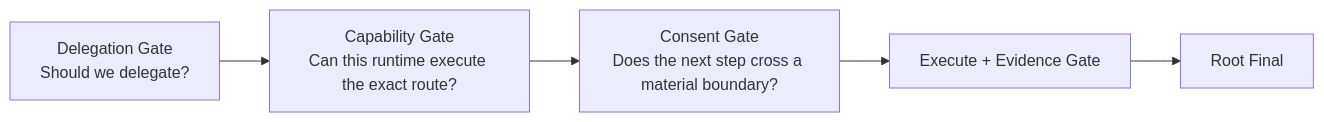
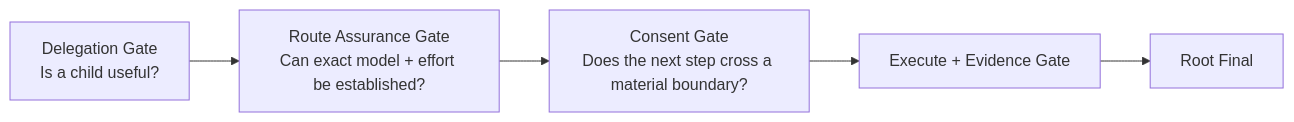
One commit to R-jed/codex-agent-team changed the third of 3 diagrams in README_EN.md. Above: the diagram before and after it, drawn with Mermaid. The commit also changed other lines of this file, not shown here.

Commit message:
docs: mirror native subagent and route assurance explanations in English

````diff
--- a/README_EN.md
+++ b/README_EN.md
@@ -129,7 +171,7 @@
 ```mermaid
 flowchart LR
-    A[Delegation Gate<br/>Should we delegate?] --> B[Capability Gate<br/>Can this runtime execute the exact route?]
+    A[Delegation Gate<br/>Is a child useful?] --> B[Route Assurance Gate<br/>Can exact model + effort be established?]
     B --> C[Consent Gate<br/>Does the next step cross a material boundary?]
     C --> D[Execute + Evidence Gate]
     D --> E[Root Final]
 ```
````
